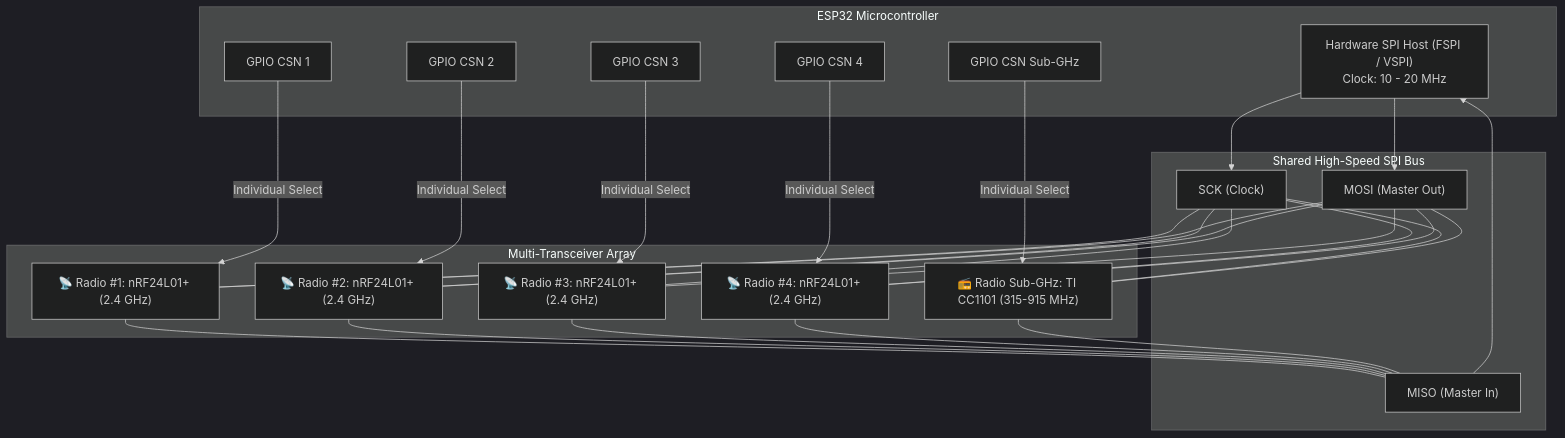
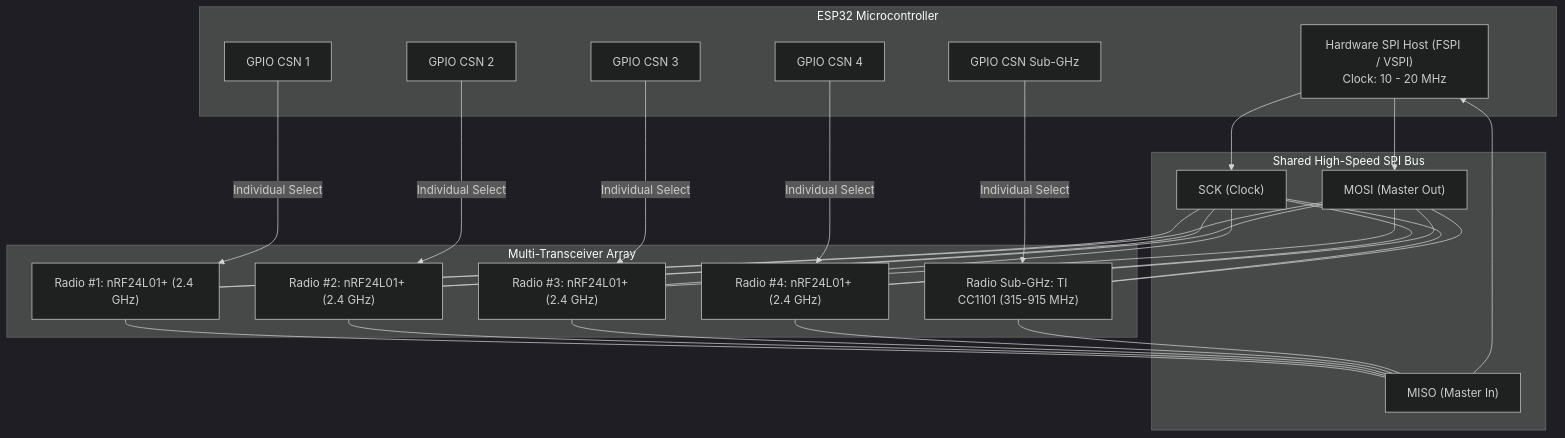
The second of 3 diagrams in docs/ARCHITECTURE.md (AtaCanYmc/esp32-rf-sword), drawn with Mermaid (dark theme) before and after one commit. The commit also changed other lines of this file and 12 other files, not shown here.

````diff
--- a/docs/ARCHITECTURE.md
+++ b/docs/ARCHITECTURE.md
@@ -52,53 +57,53 @@
 ```mermaid
 flowchart TD
     subgraph MCU ["ESP32 Microcontroller"]
         SPI_MASTER["Hardware SPI Host (FSPI / VSPI)<br/>Clock: 10 - 20 MHz"]
         GPIO_CSN1["GPIO CSN 1"]
         GPIO_CSN2["GPIO CSN 2"]
         GPIO_CSN3["GPIO CSN 3"]
         GPIO_CSN4["GPIO CSN 4"]
         GPIO_CSN_SUB["GPIO CSN Sub-GHz"]
     end
 
     subgraph SPI_LINES ["Shared High-Speed SPI Bus"]
         SCK["SCK (Clock)"]
         MOSI["MOSI (Master Out)"]
         MISO["MISO (Master In)"]
     end
 
     subgraph TRANSCEIVERS ["Multi-Transceiver Array"]
-        R1["📡 Radio #1: nRF24L01+ (2.4 GHz)"]
-        R2["📡 Radio #2: nRF24L01+ (2.4 GHz)"]
-        R3["📡 Radio #3: nRF24L01+ (2.4 GHz)"]
-        R4["📡 Radio #4: nRF24L01+ (2.4 GHz)"]
-        RSUB["📻 Radio Sub-GHz: TI CC1101 (315-915 MHz)"]
+        R1["Radio #1: nRF24L01+ (2.4 GHz)"]
+        R2["Radio #2: nRF24L01+ (2.4 GHz)"]
+        R3["Radio #3: nRF24L01+ (2.4 GHz)"]
+        R4["Radio #4: nRF24L01+ (2.4 GHz)"]
+        RSUB["Radio Sub-GHz: TI CC1101 (315-915 MHz)"]
     end
 
     SPI_MASTER --> SCK
     SPI_MASTER --> MOSI
     MISO --> SPI_MASTER
 
     SCK --- R1
     SCK --- R2
     SCK --- R3
     SCK --- R4
     SCK --- RSUB
 
     MOSI --- R1
     MOSI --- R2
     MOSI --- R3
     MOSI --- R4
     MOSI --- RSUB
 
     R1 --- MISO
     R2 --- MISO
     R3 --- MISO
     R4 --- MISO
     RSUB --- MISO
 
     GPIO_CSN1 -->|Individual Select| R1
     GPIO_CSN2 -->|Individual Select| R2
     GPIO_CSN3 -->|Individual Select| R3
     GPIO_CSN4 -->|Individual Select| R4
     GPIO_CSN_SUB -->|Individual Select| RSUB
 ```
````
